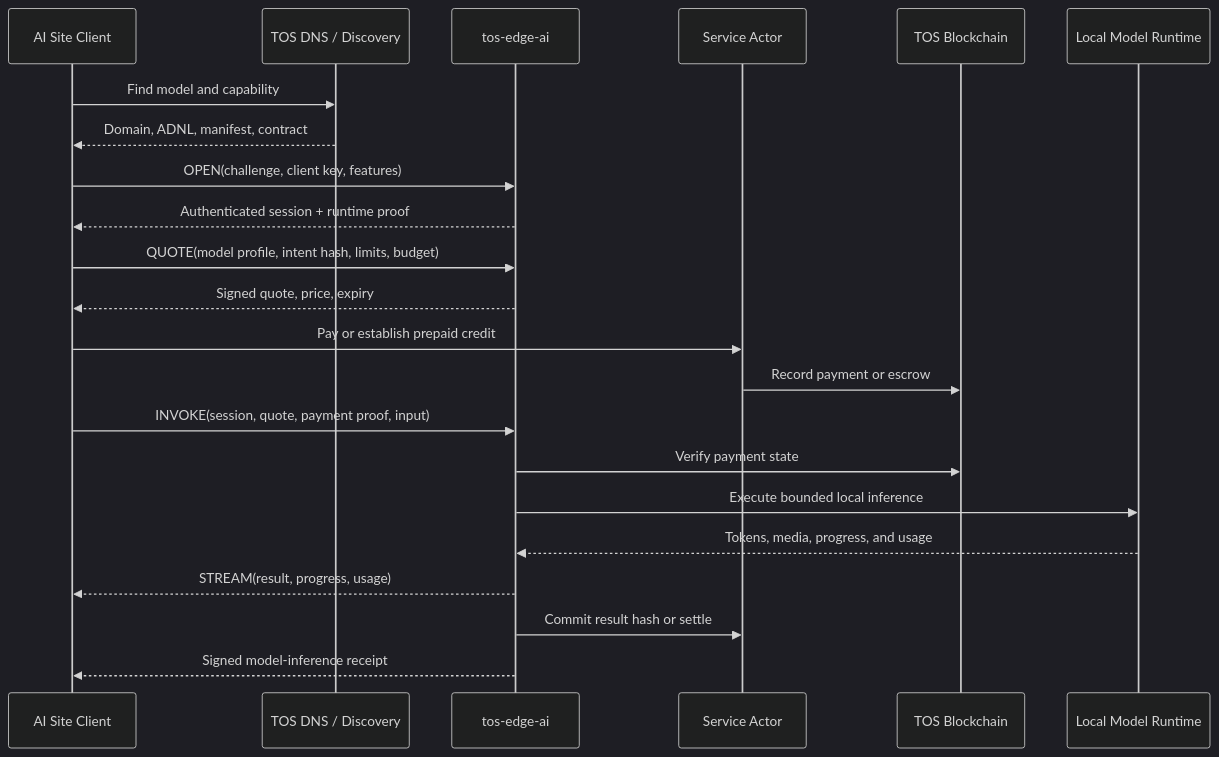
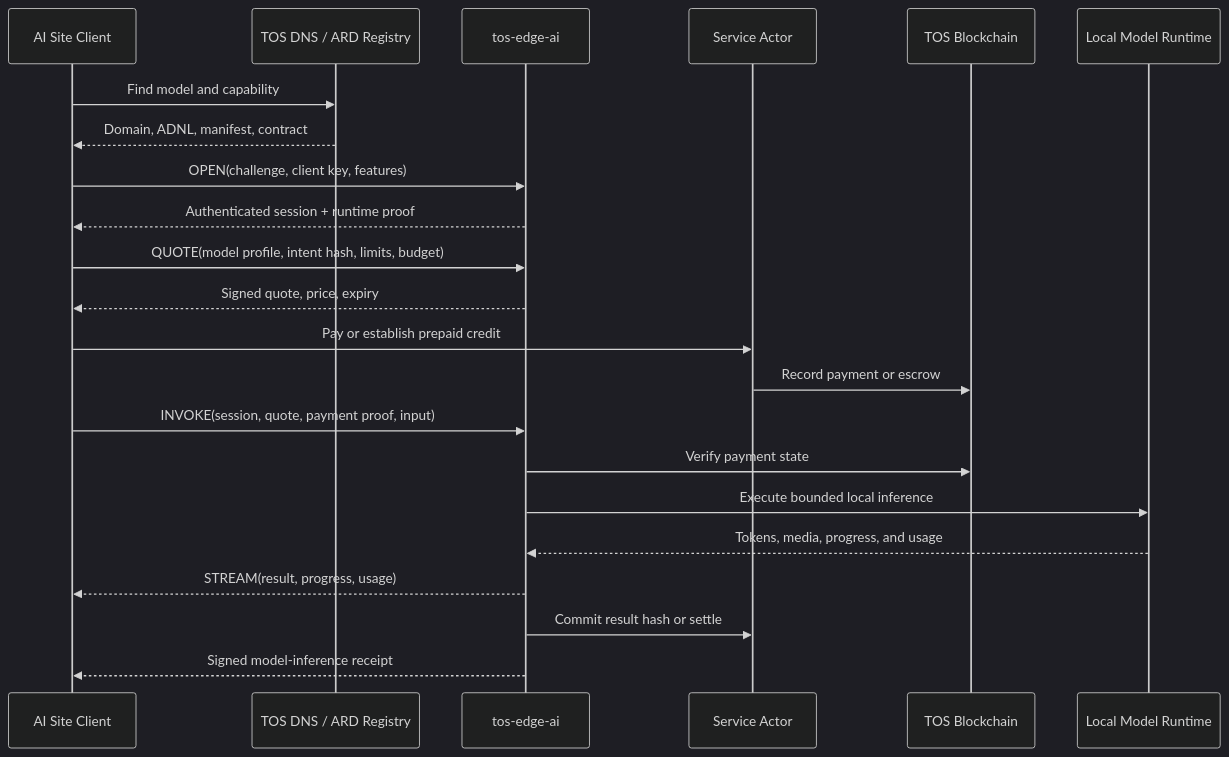
The second of 2 diagrams in doc/local-open-weight-model-sharing-use-case.md (tosnetwork/tos), drawn with Mermaid (dark theme) before and after one commit. The commit also changed other lines of this file and 21 other files, not shown here.

````diff
--- a/doc/local-open-weight-model-sharing-use-case.md
+++ b/doc/local-open-weight-model-sharing-use-case.md
@@ -520,25 +545,25 @@
 ```mermaid
 sequenceDiagram
     participant C as AI Site Client
-    participant D as TOS DNS / Discovery
+    participant D as TOS DNS / ARD Registry
     participant E as tos-edge-ai
     participant S as Service Actor
     participant B as TOS Blockchain
     participant M as Local Model Runtime
 
     C->>D: Find model and capability
     D-->>C: Domain, ADNL, manifest, contract
     C->>E: OPEN(challenge, client key, features)
     E-->>C: Authenticated session + runtime proof
     C->>E: QUOTE(model profile, intent hash, limits, budget)
     E-->>C: Signed quote, price, expiry
     C->>S: Pay or establish prepaid credit
     S->>B: Record payment or escrow
     C->>E: INVOKE(session, quote, payment proof, input)
     E->>B: Verify payment state
     E->>M: Execute bounded local inference
     M-->>E: Tokens, media, progress, and usage
     E-->>C: STREAM(result, progress, usage)
     E->>S: Commit result hash or settle
     E-->>C: Signed model-inference receipt
 ```
````
